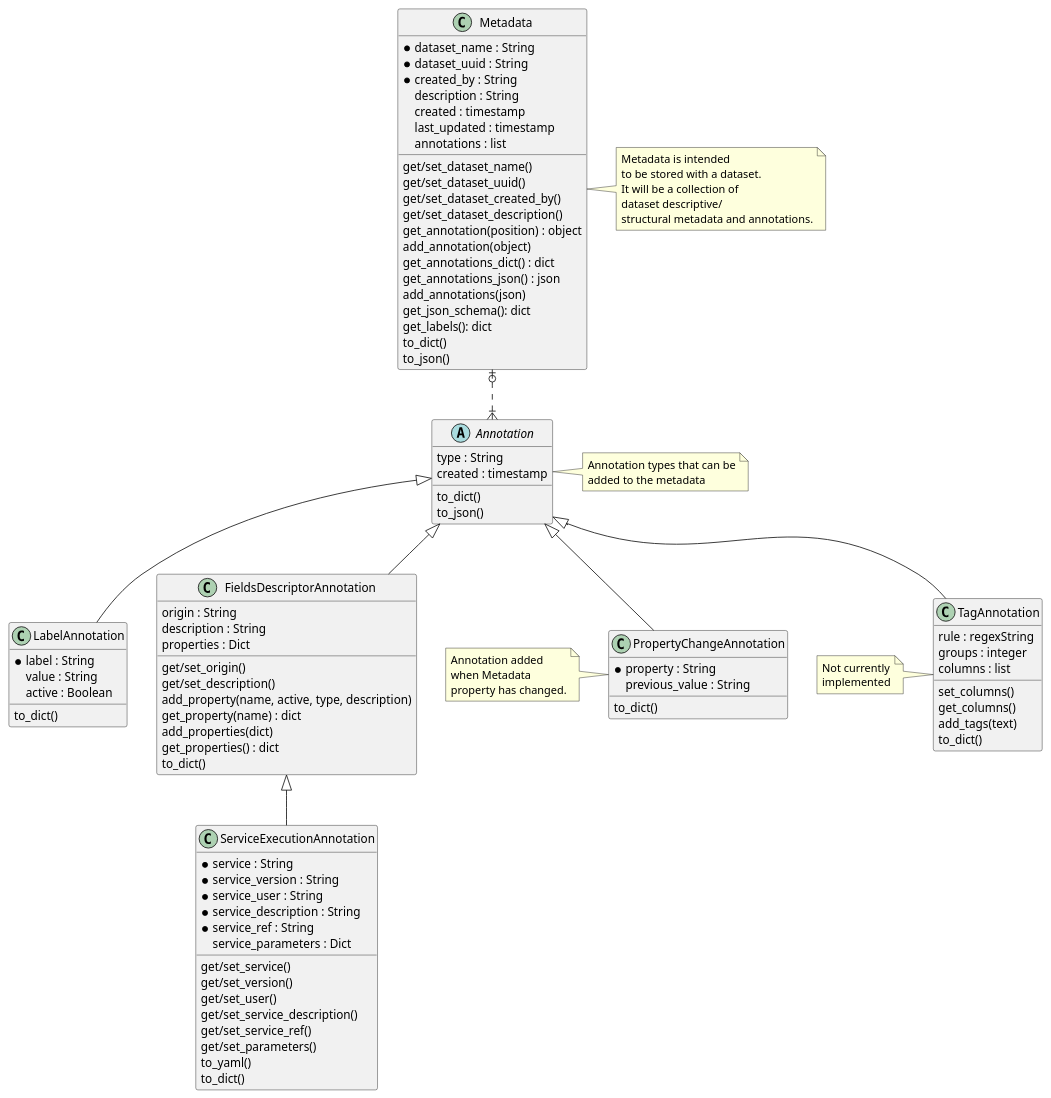
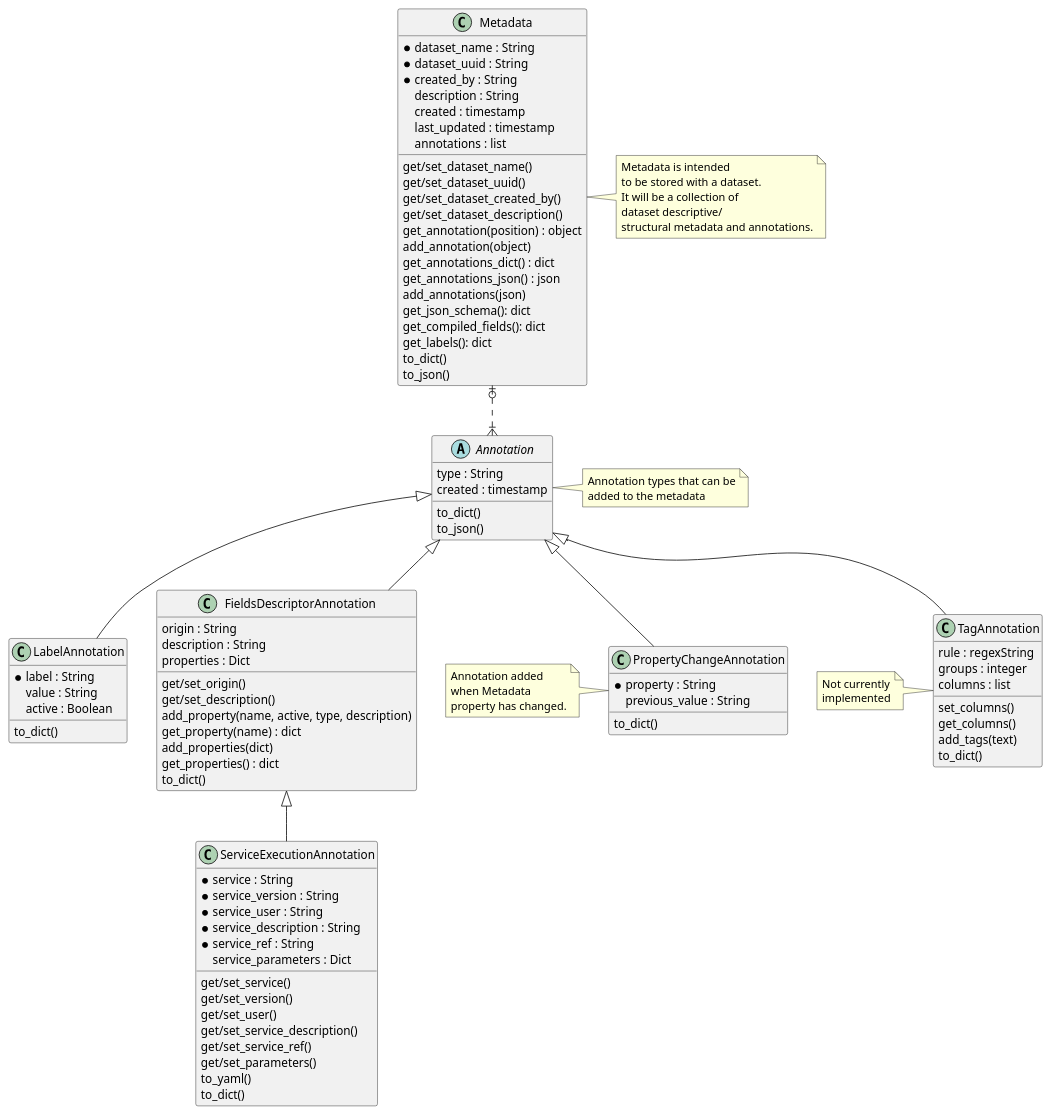
One commit to InformaticsMatters/squonk2-data-manager-metadata changed the diagram in docs/data-manager-metadata.puml. Above: the diagram before and after it, drawn with PlantUML. The commit also changed 2 other files, not shown here.

Commit message:
Add a compiled_fields method to the Metadata

```diff
--- a/docs/data-manager-metadata.puml
+++ b/docs/data-manager-metadata.puml
@@ -1,95 +1,96 @@
 @startuml
 class Metadata {
     *dataset_name : String
     *dataset_uuid : String
     *created_by : String
     description : String
     created : timestamp
     last_updated : timestamp
     annotations : list
     get/set_dataset_name()
     get/set_dataset_uuid()
     get/set_dataset_created_by()
     get/set_dataset_description()
     get_annotation(position) : object
     add_annotation(object)
     get_annotations_dict() : dict
     get_annotations_json() : json
     add_annotations(json)
     get_json_schema(): dict
+    get_compiled_fields(): dict
     get_labels(): dict
     to_dict()
     to_json()
 }
 note right: Metadata is intended\nto be stored with a dataset.\nIt will be a collection of\ndataset descriptive/\nstructural metadata and annotations.
 
 abstract class Annotation {
     type : String
     created : timestamp
     to_dict()
     to_json()
 }
 note right: Annotation types that can be\nadded to the metadata
 
 class PropertyChangeAnnotation {
     *property : String
     previous_value : String
     to_dict()
 }
 note left: Annotation added\nwhen Metadata\nproperty has changed.
 
 class LabelAnnotation {
     *label : String
     value : String
     active : Boolean
     to_dict()
 }
 
 class TagAnnotation {
     rule : regexString
     groups : integer
     columns : list
     set_columns()
     get_columns()
     add_tags(text)
     to_dict()
 }
 note left: Not currently\nimplemented
 
 class FieldsDescriptorAnnotation {
     origin : String
     description : String
     properties : Dict
     get/set_origin()
     get/set_description()
     add_property(name, active, type, description)
     get_property(name) : dict
     add_properties(dict)
     get_properties() : dict
     to_dict()
 }
 
 class ServiceExecutionAnnotation {
     *service : String
     *service_version : String
     *service_user : String
     *service_description : String
     *service_ref : String
     service_parameters : Dict
     get/set_service()
     get/set_version()
     get/set_user()
     get/set_service_description()
     get/set_service_ref()
     get/set_parameters()
     to_yaml()
     to_dict()
 }
 
 Metadata  |o..|{   Annotation
 Annotation <|-- LabelAnnotation
 Annotation <|-- PropertyChangeAnnotation
 Annotation <|-- FieldsDescriptorAnnotation
 FieldsDescriptorAnnotation <|-- ServiceExecutionAnnotation
 Annotation <|-- TagAnnotation
 @enduml
```
